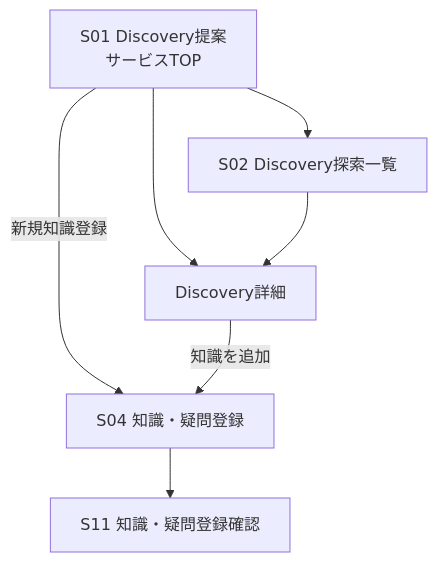
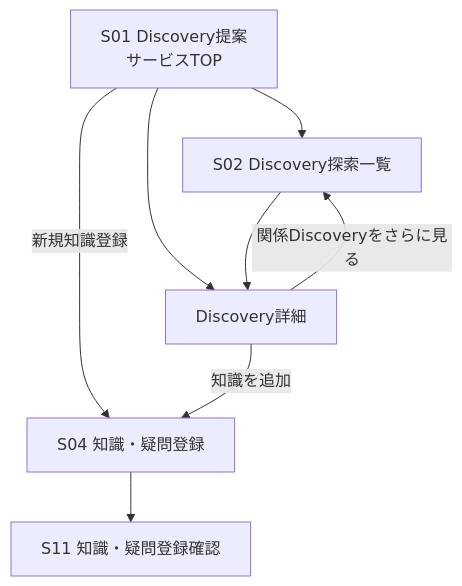
The diagram in docs/screen-transition.md (ex-day/platform), drawn with Mermaid before and after one commit. The commit also changed 7 other files, not shown here.

````diff
--- a/docs/screen-transition.md
+++ b/docs/screen-transition.md
@@ -1,16 +1,17 @@
 ```mermaid
 flowchart TD
 TOP[S01 Discovery提案<br/>サービスTOP]
 LIST[S02 Discovery探索一覧]
 DETAIL[Discovery詳細]
 ADD[S04 知識・疑問登録]
 CONFIRM[S11 知識・疑問登録確認]
 
     TOP --> LIST
     TOP --> DETAIL
     TOP -->|新規知識登録| ADD
     LIST --> DETAIL
+    DETAIL -->|関係Discoveryをさらに見る| LIST
 
     DETAIL -->|知識を追加| ADD
     ADD --> CONFIRM
 ```
````
